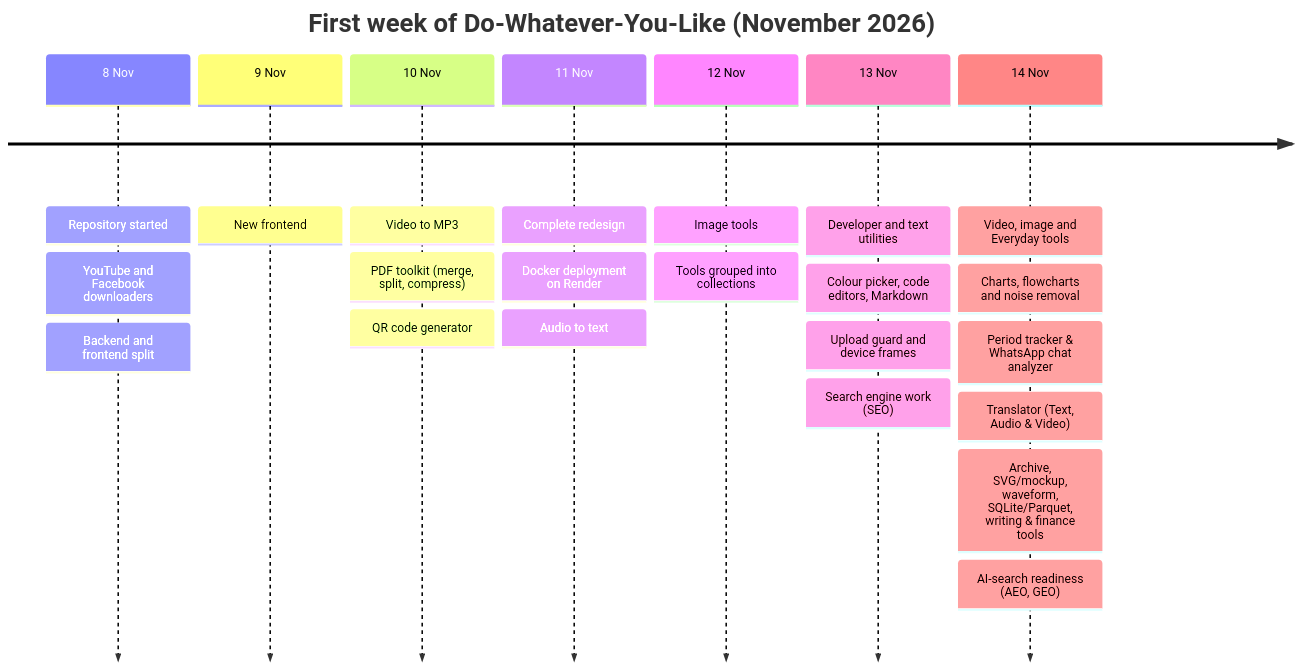
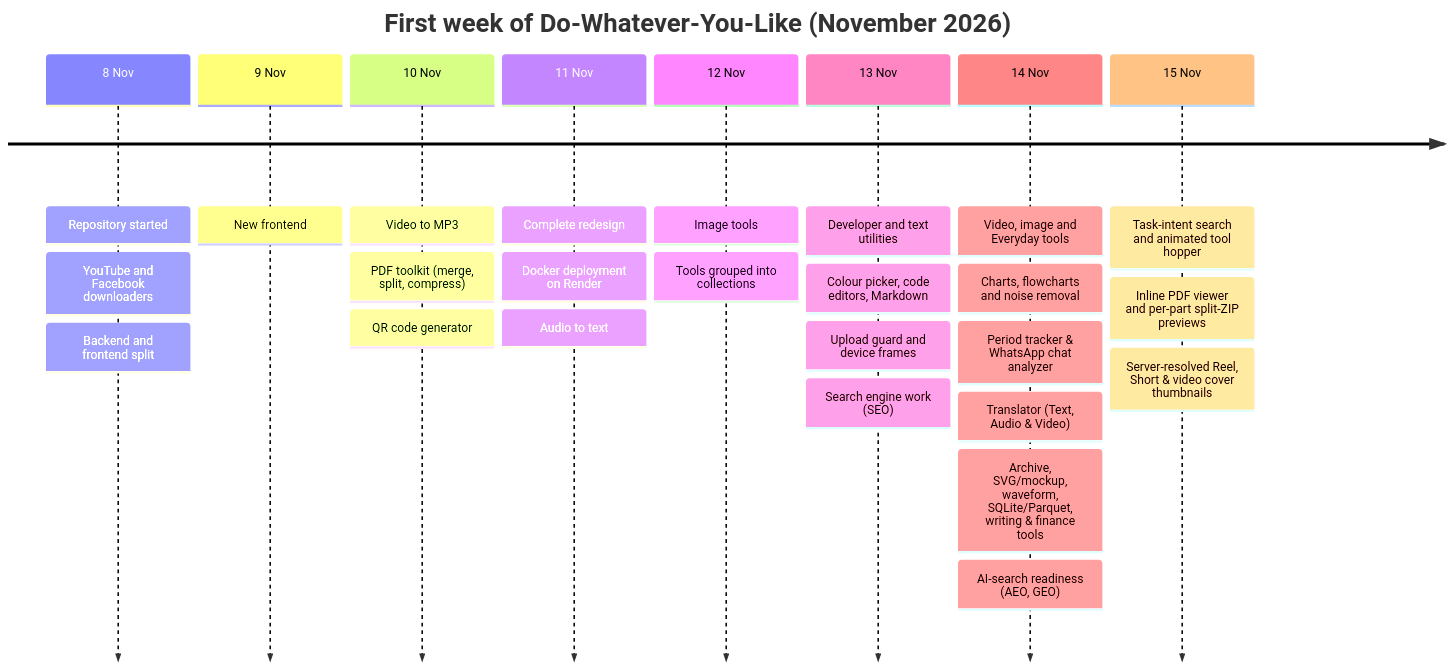
Before and after one commit to colddsam/do-whatever-you-like: the first of 3 diagrams in README.md, drawn with Mermaid. The commit also changed other lines of this file and 12 other files, not shown here.

````diff
--- a/README.md
+++ b/README.md
@@ -403,26 +407,29 @@
 ```mermaid
 timeline
     title First week of Do-Whatever-You-Like (November 2026)
     8 Nov : Repository started
           : YouTube and Facebook downloaders
           : Backend and frontend split
     9 Nov : New frontend
     10 Nov : Video to MP3
            : PDF toolkit (merge, split, compress)
            : QR code generator
     11 Nov : Complete redesign
            : Docker deployment on Render
            : Audio to text
     12 Nov : Image tools
            : Tools grouped into collections
     13 Nov : Developer and text utilities
            : Colour picker, code editors, Markdown
            : Upload guard and device frames
            : Search engine work (SEO)
     14 Nov : Video, image and Everyday tools
            : Charts, flowcharts and noise removal
            : Period tracker & WhatsApp chat analyzer
            : Translator (Text, Audio & Video)
            : Archive, SVG/mockup, waveform, SQLite/Parquet, writing & finance tools
            : AI-search readiness (AEO, GEO)
+    15 Nov : Task-intent search and animated tool hopper
+           : Inline PDF viewer and per-part split-ZIP previews
+           : Server-resolved Reel, Short & video cover thumbnails
 ```
````
